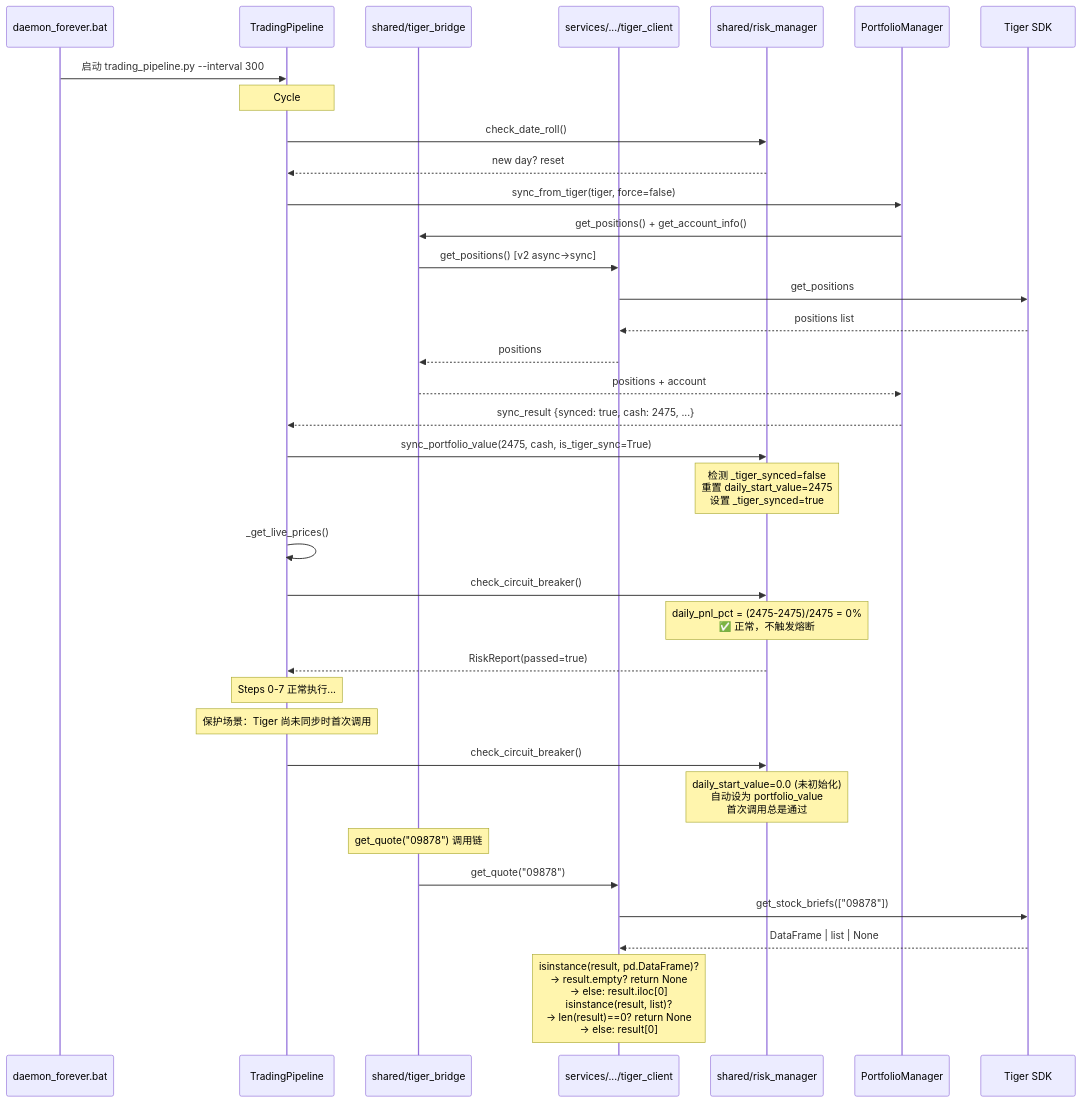
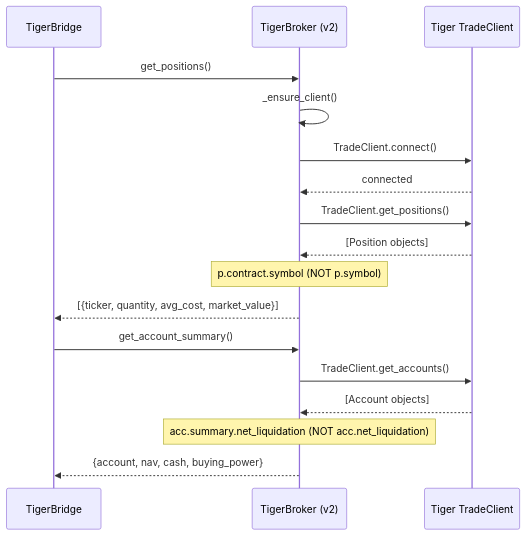
One commit to AndrewMa1992/quant-ai-trader changed the fourth of 5 diagrams in docs/system_design.md. Above: the diagram before and after it, drawn with Mermaid. The commit also changed other lines of this file and 4 other files, not shown here.

Commit message:
feat(T01): pipeline config - top-N signals, market rotation, remove ticker cap

````diff
--- a/docs/system_design.md
+++ b/docs/system_design.md
@@ -233,52 +175,21 @@
 ```mermaid
 sequenceDiagram
-    participant DP as daemon_forever.bat
-    participant TP as TradingPipeline
-    participant TB as shared/tiger_bridge
-    participant TC as services/.../tiger_client
-    participant RM as shared/risk_manager
-    participant PM as PortfolioManager
-    participant SDK as Tiger SDK
+    participant TB as TigerBridge
+    participant BR as TigerBroker (v2)
+    participant SDK as Tiger TradeClient
 
-    DP->>TP: 启动 trading_pipeline.py --interval 300
+    TB->>BR: get_positions()
+    BR->>BR: _ensure_client()
+    BR->>SDK: TradeClient.connect()
+    SDK-->>BR: connected
+    BR->>SDK: TradeClient.get_positions()
+    SDK-->>BR: [Position objects]
+    Note over BR: p.contract.symbol (NOT p.symbol)
+    BR-->>TB: [{ticker, quantity, avg_cost, market_value}]
 
-    Note over TP: Cycle #1 开始
-
-    %% Pre-cycle: 交易日切换
-    TP->>RM: check_date_roll()
-    RM-->>TP: new day? reset
-
-    %% Pre-cycle: Tiger 同步
-    TP->>PM: sync_from_tiger(tiger, force=false)
-    PM->>TB: get_positions() + get_account_info()
-    TB->>TC: get_positions() [v2 async→sync]
-    TC->>SDK: get_positions
-    SDK-->>TC: positions list
-    TC-->>TB: positions
-    TB-->>PM: positions + account
-    PM-->>TP: sync_result {synced: true, cash: 2475, ...}
-
-    TP->>RM: sync_portfolio_value(2475, cash, is_tiger_sync=True)
-    Note over RM: 检测 _tiger_synced=false<br/>重置 daily_start_value=2475<br/>设置 _tiger_synced=true
-
-    %% Pre-cycle: 熔断检查
-    TP->>TP: _get_live_prices()
-    TP->>RM: check_circuit_breaker()
-    Note over RM: daily_pnl_pct = (2475-2475)/2475 = 0%<br/>✅ 正常，不触发熔断
-    RM-->>TP: RiskReport(passed=true)
-
-    %% Main Pipeline (7 steps)
-    Note over TP: Steps 0-7 正常执行...
-
-    %% 熔断误触发保护场景
-    Note over TP: 保护场景：Tiger 尚未同步时首次调用
-    TP->>RM: check_circuit_breaker()
-    Note over RM: daily_start_value=0.0 (未初始化)<br/>自动设为 portfolio_value<br/>首次调用总是通过
-
-    %% Bug 1 修复验证
-    Note over TB: get_quote("09878") 调用链
-    TB->>TC: get_quote("09878")
-    TC->>SDK: get_stock_briefs(["09878"])
-    SDK-->>TC: DataFrame | list | None
-    Note over TC: isinstance(result, pd.DataFrame)?<br/>→ result.empty? return None<br/>→ else: result.iloc[0]<br/>isinstance(result, list)?<br/>→ len(result)==0? return None<br/>→ else: result[0]
+    TB->>BR: get_account_summary()
+    BR->>SDK: TradeClient.get_accounts()
+    SDK-->>BR: [Account objects]
+    Note over BR: acc.summary.net_liquidation (NOT acc.net_liquidation)
+    BR-->>TB: {account, nav, cash, buying_power}
 ```
````
